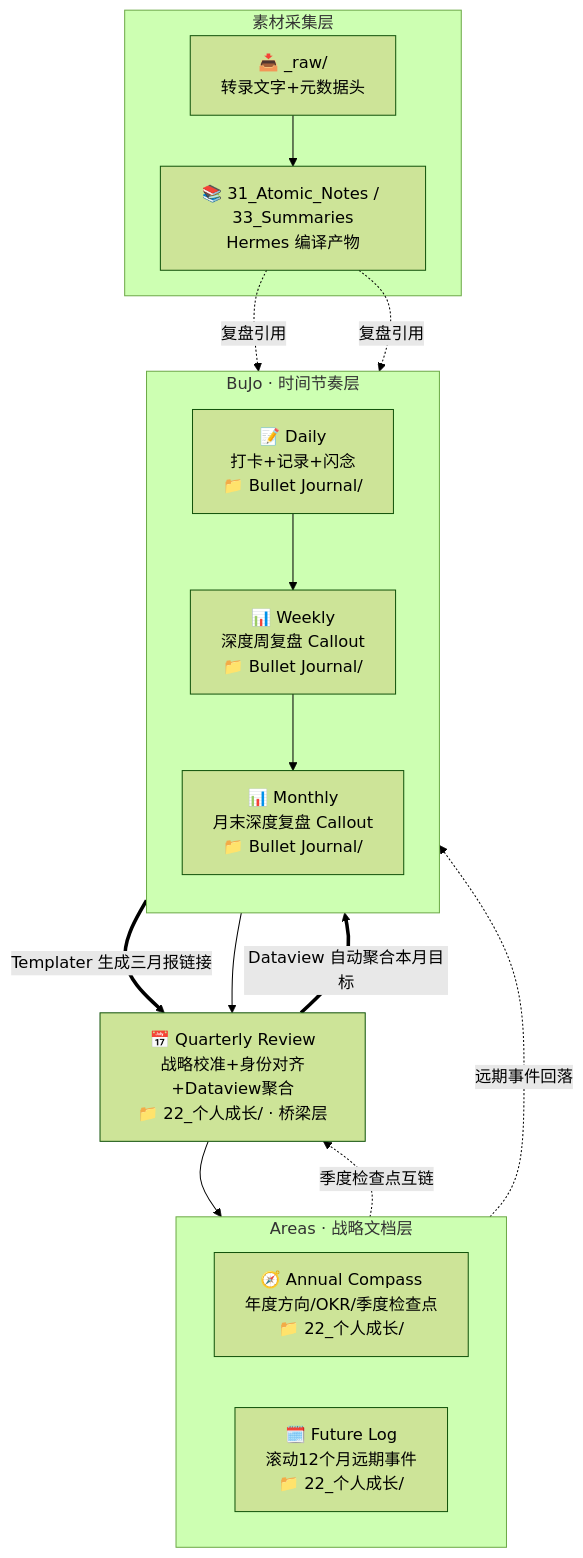
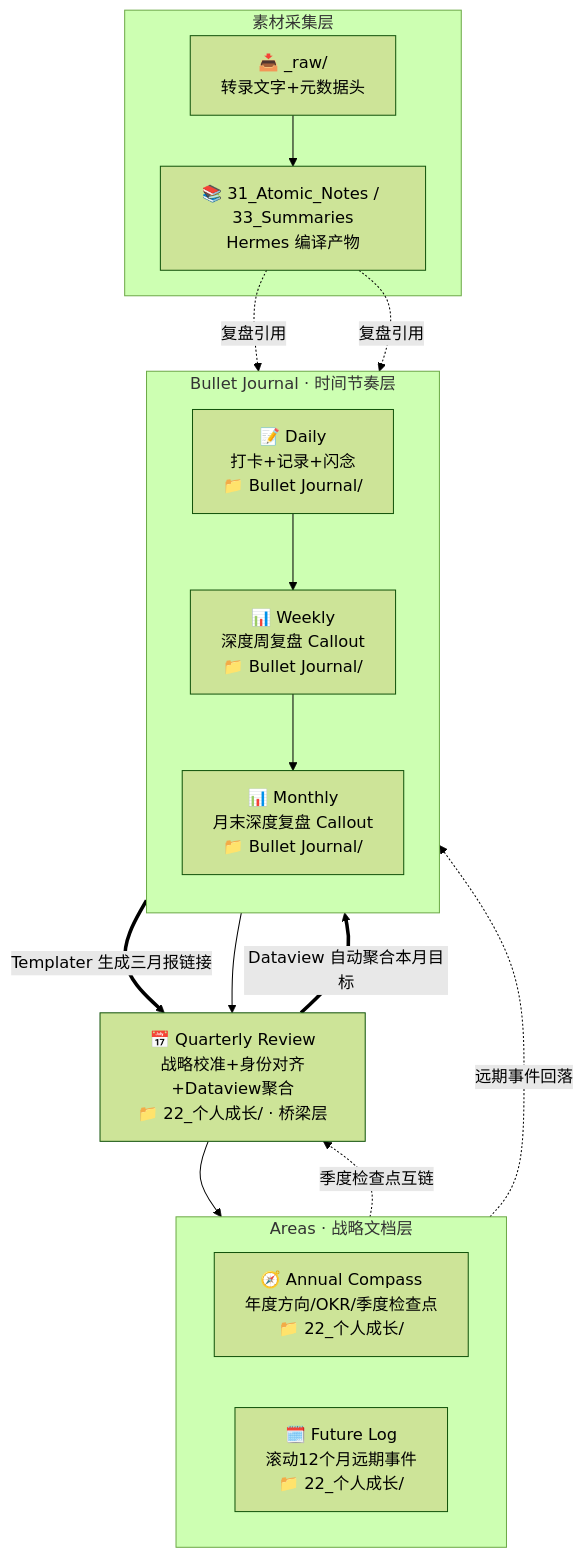
Before and after one commit to dingmeng-svg/ObsidianGit: the diagram in 90_System/系统文档/03_知识库融合架构设计.md, drawn with Mermaid (forest theme). The commit also changed other lines of this file and 564 other files, not shown here.

````diff
--- a/90_System/系统文档/03_知识库融合架构设计.md
+++ b/90_System/系统文档/03_知识库融合架构设计.md
@@ -218,27 +218,27 @@
 ```mermaid
 flowchart TB
     subgraph Areas["Areas · 战略文档层"]
         direction LR
         AC["🧭 Annual Compass<br/>年度方向/OKR/季度检查点<br/>📁 22_个人成长/"]
         FL["🗓️ Future Log<br/>滚动12个月远期事件<br/>📁 22_个人成长/"]
     end
     QR["📅 Quarterly Review<br/>战略校准+身份对齐+Dataview聚合<br/>📁 22_个人成长/ · 桥梁层"]
-    subgraph BuJo["BuJo · 时间节奏层"]
+    subgraph Bullet_Journal["Bullet Journal · 时间节奏层"]
         direction TB
         MO["📊 Monthly<br/>月末深度复盘 Callout<br/>📁 Bullet Journal/"]
         WK["📊 Weekly<br/>深度周复盘 Callout<br/>📁 Bullet Journal/"]
         DL["📝 Daily<br/>打卡+记录+闪念<br/>📁 Bullet Journal/"]
     end
     subgraph Ingest["素材采集层"]
         RAW["📥 _raw/<br/>转录文字+元数据头"]
         AN["📚 31_Atomic_Notes / 33_Summaries<br/>Hermes 编译产物"]
     end
     AC -. "季度检查点互链" .-> QR
     FL -. "远期事件回落" .-> MO
     QR == "Dataview 自动聚合本月目标" ==> MO
     MO == "Templater 生成三月报链接" ==> QR
     DL --> WK --> MO --> QR --> AC
     RAW --> AN
     AN -. "复盘引用" .-> WK
     AN -. "复盘引用" .-> MO
 ```
````
